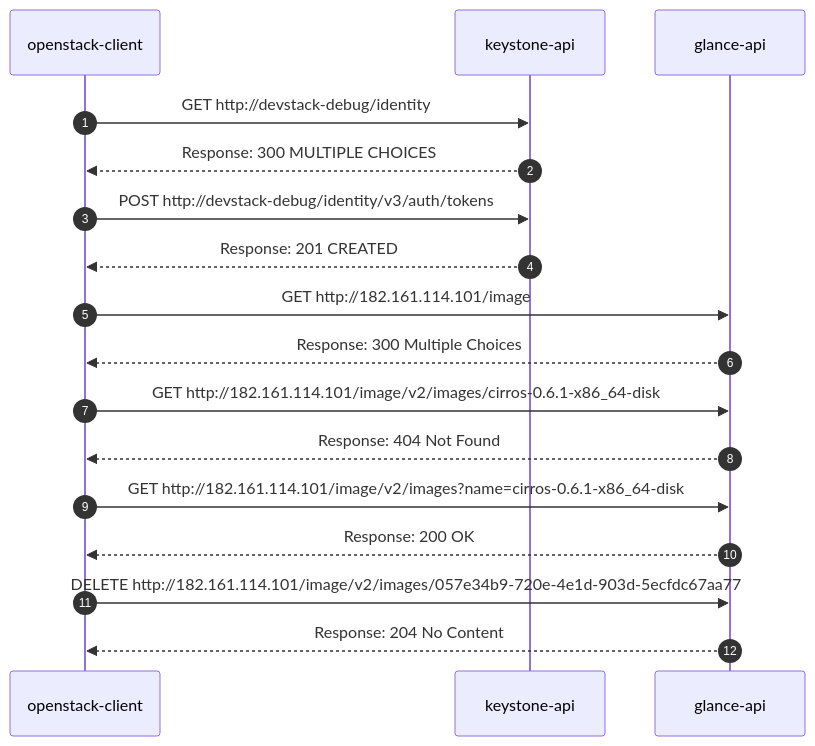
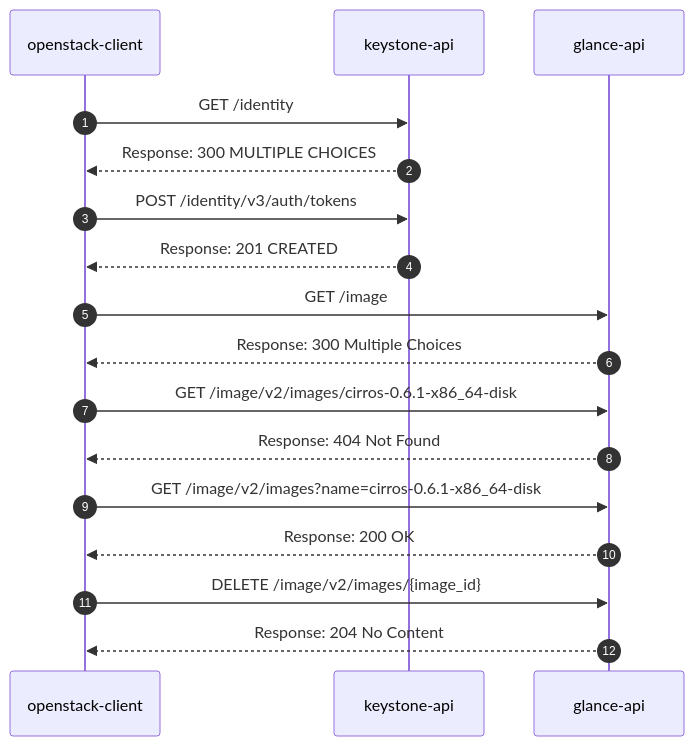
One commit to jade-kinx/jade-kinx.github.io changed the diagram in docs/openstack/sequence/image/delete.md. Above: the diagram before and after it, drawn with Mermaid. The commit also changed other lines of this file and 8 other files, not shown here.

````diff
--- a/docs/openstack/sequence/image/delete.md
+++ b/docs/openstack/sequence/image/delete.md
@@ -39,19 +39,19 @@
 ``` mermaid
 sequenceDiagram
   autonumber
   participant client as openstack-client
   participant keystone as keystone-api
   participant glance as glance-api
-  client->>keystone: GET http://devstack-debug/identity
+  client->>keystone: GET /identity
   keystone-->>client: Response: 300 MULTIPLE CHOICES
-  client->>keystone: POST http://devstack-debug/identity/v3/auth/tokens
+  client->>keystone: POST /identity/v3/auth/tokens
   keystone-->>client: Response: 201 CREATED
-  client->>glance: GET http://182.161.114.101/image
+  client->>glance: GET /image
   glance-->>client: Response: 300 Multiple Choices
-  client->>glance: GET http://182.161.114.101/image/v2/images/cirros-0.6.1-x86_64-disk
+  client->>glance: GET /image/v2/images/cirros-0.6.1-x86_64-disk
   glance-->>client: Response: 404 Not Found
-  client->>glance: GET http://182.161.114.101/image/v2/images?name=cirros-0.6.1-x86_64-disk
+  client->>glance: GET /image/v2/images?name=cirros-0.6.1-x86_64-disk
   glance-->>client: Response: 200 OK
-  client->>glance: DELETE http://182.161.114.101/image/v2/images/057e34b9-720e-4e1d-903d-5ecfdc67aa77
+  client->>glance: DELETE /image/v2/images/{image_id}
   glance-->>client: Response: 204 No Content
 ```
````
